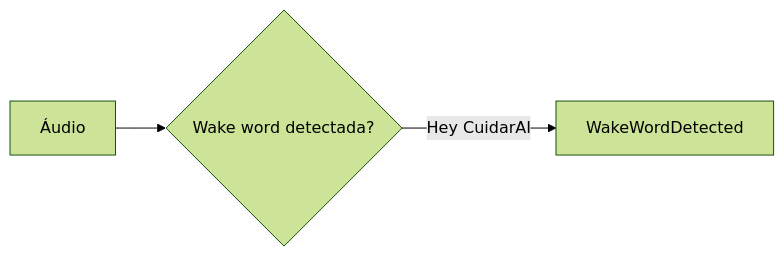
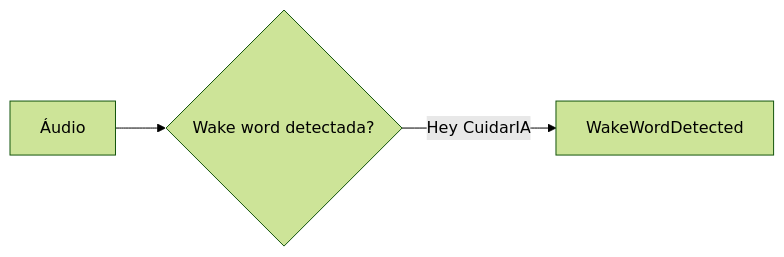
The fourth of 24 diagrams in arquitetura-app-ia.md (jaimejcs/CuidarAI), drawn with Mermaid (forest theme) before and after one commit. The commit also changed other lines of this file and 12 other files, not shown here.

````diff
--- a/arquitetura-app-ia.md
+++ b/arquitetura-app-ia.md
@@ -200,5 +200,5 @@
 ```mermaid
 flowchart LR
     A[Áudio] --> B{Wake word detectada?}
-    B -->|"Hey CuidarAI"| C[WakeWordDetected]
+    B -->|"Hey CuidarIA"| C[WakeWordDetected]
 ```
````
